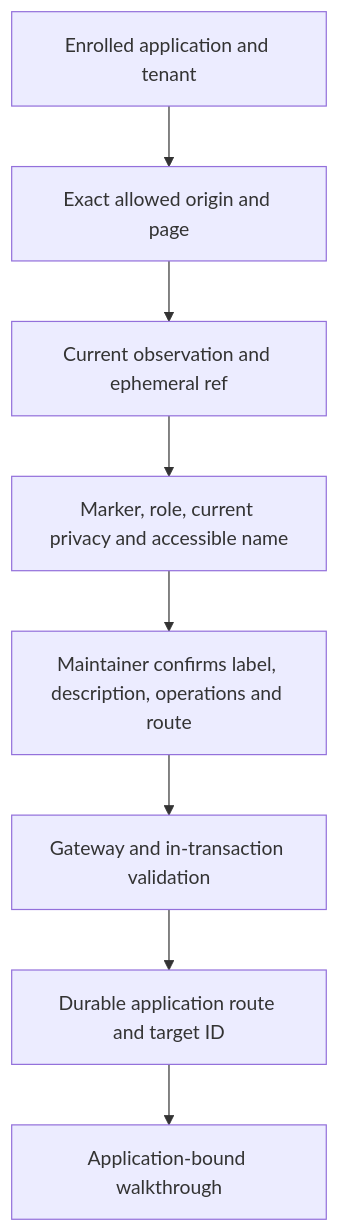
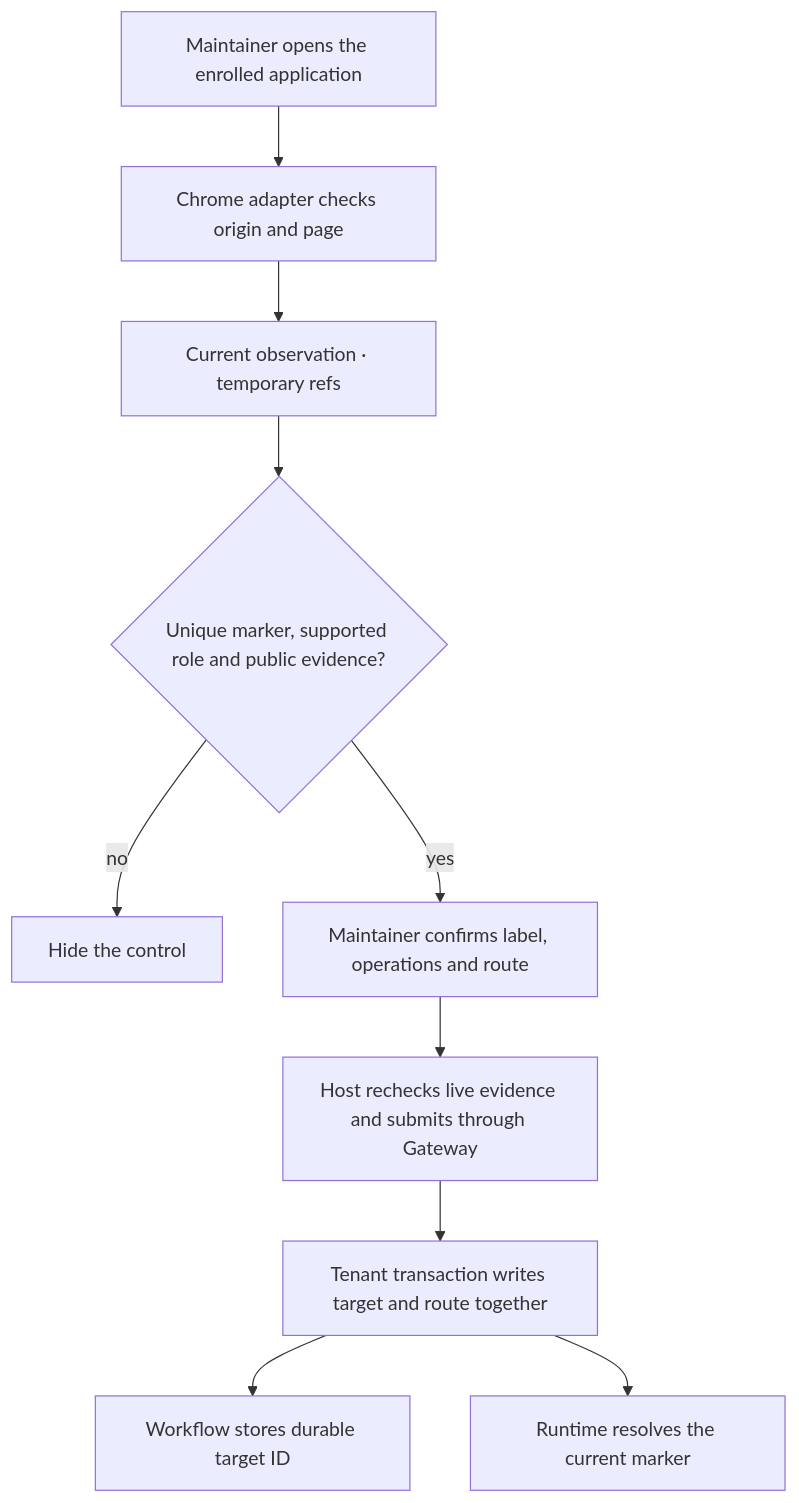
Before and after one commit to Ulmj7/Simplism-DAP-: the second of 2 diagrams in docs/studio-v1.md, drawn with Mermaid. The commit also changed other lines of this file and 3 other files, not shown here.

````diff
--- a/docs/studio-v1.md
+++ b/docs/studio-v1.md
@@ -36,10 +42,12 @@
 ```mermaid
 flowchart TB
-    App["Enrolled application and tenant"] --> Origin["Exact allowed origin and page"]
-    Origin --> Live["Current observation and ephemeral ref"]
-    Live --> Checks["Marker, role, current privacy and accessible name"]
-    Checks --> Form["Maintainer confirms label, description, operations and route"]
-    Form --> Gateway["Gateway and in-transaction validation"]
-    Gateway --> Registry["Durable application route and target ID"]
-    Registry --> Guide["Application-bound walkthrough"]
+    A["Maintainer opens the enrolled application"] --> B["Chrome adapter checks origin and page"]
+    B --> C["Current observation · temporary refs"]
+    C --> D{"Unique marker, supported role and public evidence?"}
+    D -->|no| E["Hide the control"]
+    D -->|yes| F["Maintainer confirms label, operations and route"]
+    F --> G["Host rechecks live evidence and submits through Gateway"]
+    G --> H["Tenant transaction writes target and route together"]
+    H --> I["Workflow stores durable target ID"]
+    H --> J["Runtime resolves the current marker"]
 ```
````
